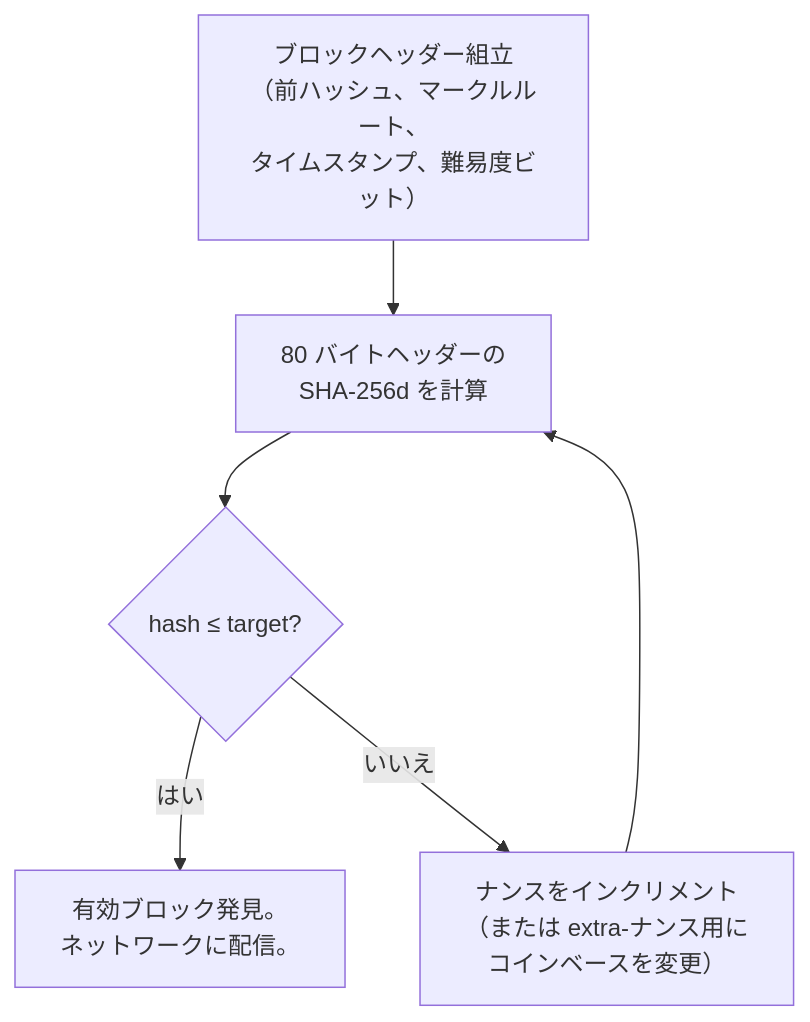
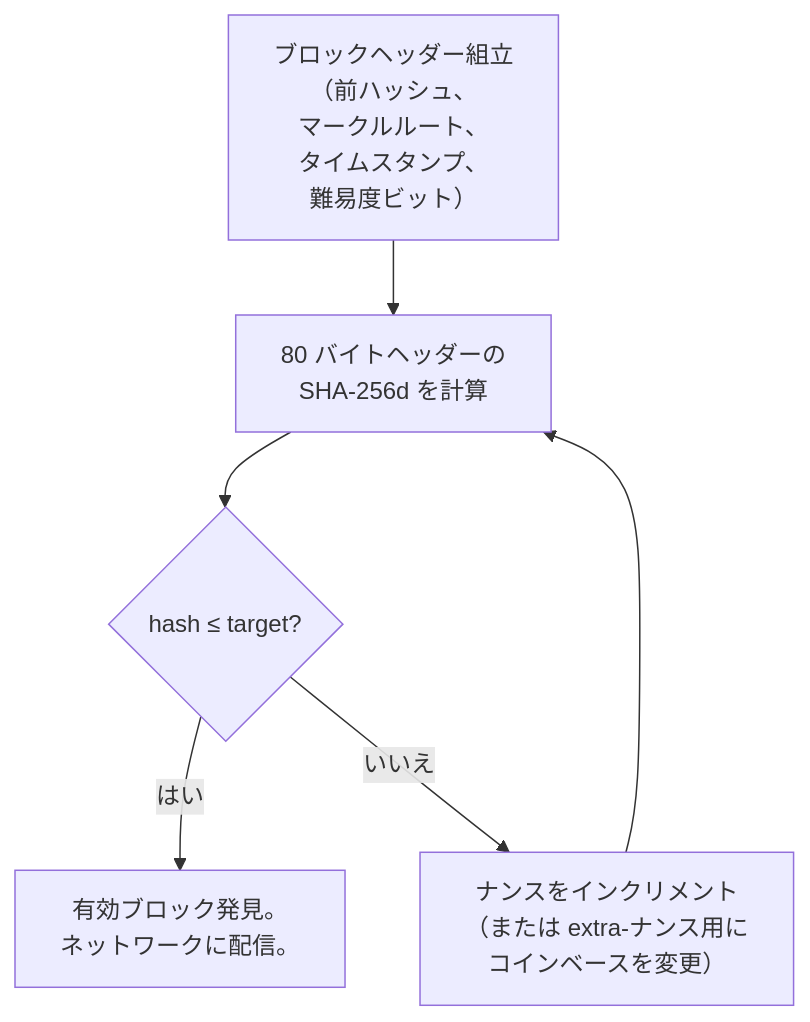
One commit to cypher256/BitcoinArchive changed the first of 5 diagrams in src/data/translations/ja/design/2009-01-03-bitcoin-consensus-design.md. Above: the diagram before and after it, drawn with Mermaid. The commit also changed other lines of this file and 11 other files, not shown here.

First line of the commit message:
JA Mermaid labels: wrap long CJK labels (mermaid-ja-wrap, 12 design docs)

````diff
--- a/src/data/translations/ja/design/2009-01-03-bitcoin-consensus-design.md
+++ b/src/data/translations/ja/design/2009-01-03-bitcoin-consensus-design.md
@@ -52,8 +52,8 @@
 ```mermaid
 flowchart TD
-    START["ブロックヘッダー組立\n（前ハッシュ、マークルルート、\nタイムスタンプ、難易度ビット）"] --> HASH["80 バイトヘッダーの\nSHA-256d を計算"]
+    START["ブロックヘッダー組立<br/>（前ハッシュ、<br/>マークルルート、<br/>タイムスタンプ、<br/>難易度ビット）"] --> HASH["80 バイトヘッダーの<br/>SHA-256d を計算"]
     HASH --> CMP{"hash ≤ target?"}
-    CMP -- "はい" --> FOUND["有効ブロック発見。\nネットワークに配信。"]
-    CMP -- "いいえ" --> INC["ナンスをインクリメント\n（または extra-ナンス用に\nコインベースを変更）"]
+    CMP -- "はい" --> FOUND["有効ブロック発見。<br/>ネットワークに配信。"]
+    CMP -- "いいえ" --> INC["ナンスをインクリメント<br/>（または extra-ナンス用に<br/>コインベースを変更）"]
     INC --> HASH
 ```
````
